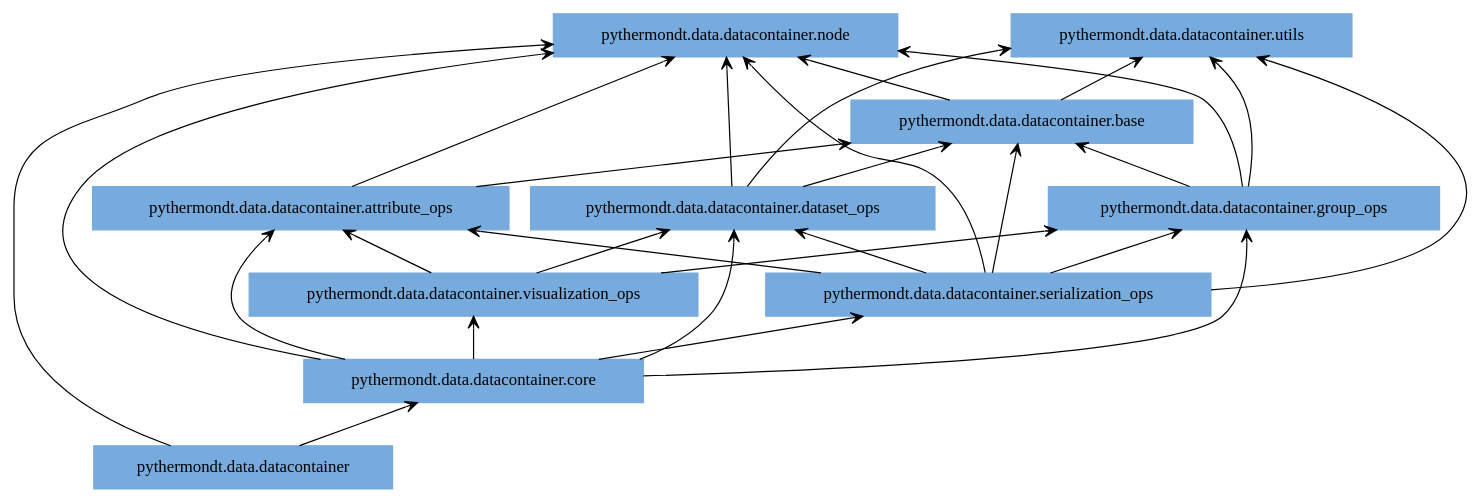
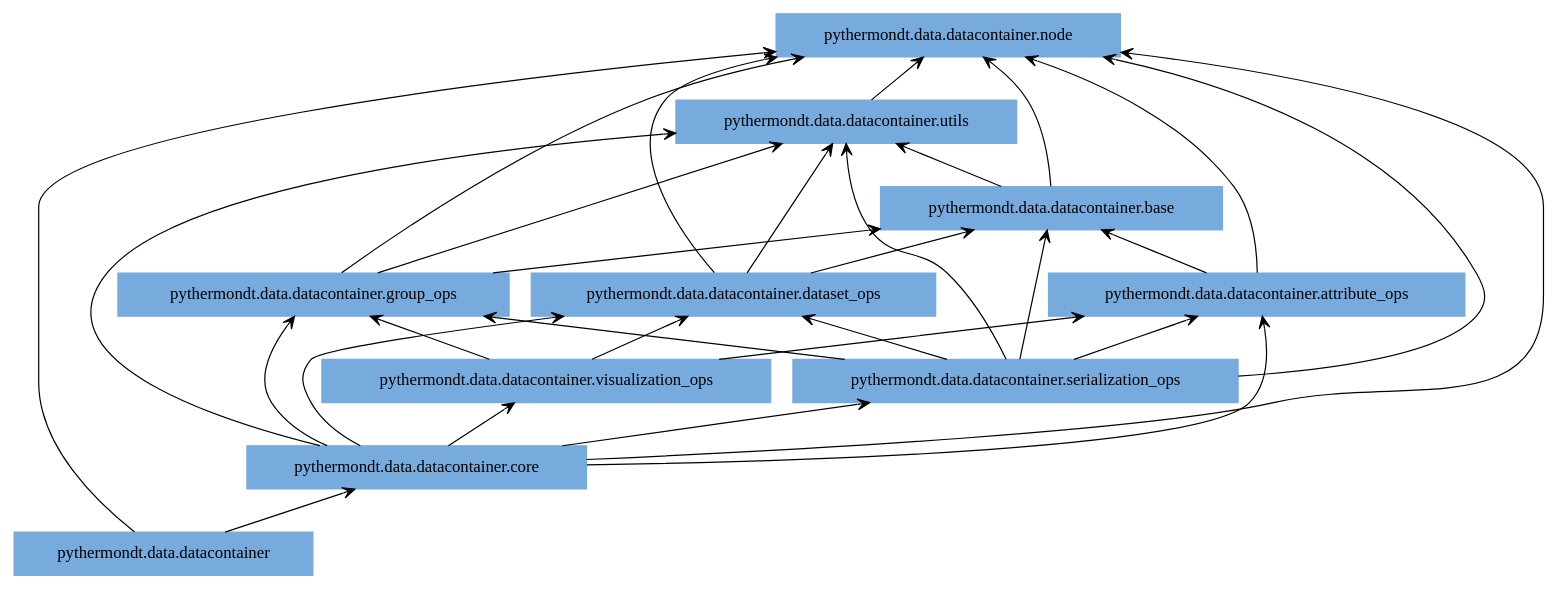
The diagram in docs/pyreverse/packages_pythermondt.data.datacontainer.gv (voidsy-gmbh/pyThermoNDT), drawn with Graphviz before and after one commit. The commit also changed 21 other files, not shown here.

Commit message:
Update pyreverse diagrams

```diff
--- a/docs/pyreverse/packages_pythermondt.data.datacontainer.gv
+++ b/docs/pyreverse/packages_pythermondt.data.datacontainer.gv
@@ -1,41 +1,43 @@
 digraph "packages_pythermondt.data.datacontainer" {
 rankdir=BT
 charset="utf-8"
 "pythermondt.data.datacontainer" [color="#77AADD", label=<pythermondt.data.datacontainer>, shape="box", style="filled"];
 "pythermondt.data.datacontainer.attribute_ops" [color="#77AADD", label=<pythermondt.data.datacontainer.attribute_ops>, shape="box", style="filled"];
 "pythermondt.data.datacontainer.base" [color="#77AADD", label=<pythermondt.data.datacontainer.base>, shape="box", style="filled"];
 "pythermondt.data.datacontainer.core" [color="#77AADD", label=<pythermondt.data.datacontainer.core>, shape="box", style="filled"];
 "pythermondt.data.datacontainer.dataset_ops" [color="#77AADD", label=<pythermondt.data.datacontainer.dataset_ops>, shape="box", style="filled"];
 "pythermondt.data.datacontainer.group_ops" [color="#77AADD", label=<pythermondt.data.datacontainer.group_ops>, shape="box", style="filled"];
 "pythermondt.data.datacontainer.node" [color="#77AADD", label=<pythermondt.data.datacontainer.node>, shape="box", style="filled"];
 "pythermondt.data.datacontainer.serialization_ops" [color="#77AADD", label=<pythermondt.data.datacontainer.serialization_ops>, shape="box", style="filled"];
 "pythermondt.data.datacontainer.utils" [color="#77AADD", label=<pythermondt.data.datacontainer.utils>, shape="box", style="filled"];
 "pythermondt.data.datacontainer.visualization_ops" [color="#77AADD", label=<pythermondt.data.datacontainer.visualization_ops>, shape="box", style="filled"];
 "pythermondt.data.datacontainer" -> "pythermondt.data.datacontainer.core" [arrowhead="open", arrowtail="none"];
 "pythermondt.data.datacontainer" -> "pythermondt.data.datacontainer.node" [arrowhead="open", arrowtail="none"];
 "pythermondt.data.datacontainer.attribute_ops" -> "pythermondt.data.datacontainer.base" [arrowhead="open", arrowtail="none"];
 "pythermondt.data.datacontainer.attribute_ops" -> "pythermondt.data.datacontainer.node" [arrowhead="open", arrowtail="none"];
 "pythermondt.data.datacontainer.base" -> "pythermondt.data.datacontainer.node" [arrowhead="open", arrowtail="none"];
 "pythermondt.data.datacontainer.base" -> "pythermondt.data.datacontainer.utils" [arrowhead="open", arrowtail="none"];
 "pythermondt.data.datacontainer.core" -> "pythermondt.data.datacontainer.attribute_ops" [arrowhead="open", arrowtail="none"];
 "pythermondt.data.datacontainer.core" -> "pythermondt.data.datacontainer.dataset_ops" [arrowhead="open", arrowtail="none"];
 "pythermondt.data.datacontainer.core" -> "pythermondt.data.datacontainer.group_ops" [arrowhead="open", arrowtail="none"];
 "pythermondt.data.datacontainer.core" -> "pythermondt.data.datacontainer.node" [arrowhead="open", arrowtail="none"];
 "pythermondt.data.datacontainer.core" -> "pythermondt.data.datacontainer.serialization_ops" [arrowhead="open", arrowtail="none"];
+"pythermondt.data.datacontainer.core" -> "pythermondt.data.datacontainer.utils" [arrowhead="open", arrowtail="none"];
 "pythermondt.data.datacontainer.core" -> "pythermondt.data.datacontainer.visualization_ops" [arrowhead="open", arrowtail="none"];
 "pythermondt.data.datacontainer.dataset_ops" -> "pythermondt.data.datacontainer.base" [arrowhead="open", arrowtail="none"];
 "pythermondt.data.datacontainer.dataset_ops" -> "pythermondt.data.datacontainer.node" [arrowhead="open", arrowtail="none"];
 "pythermondt.data.datacontainer.dataset_ops" -> "pythermondt.data.datacontainer.utils" [arrowhead="open", arrowtail="none"];
 "pythermondt.data.datacontainer.group_ops" -> "pythermondt.data.datacontainer.base" [arrowhead="open", arrowtail="none"];
 "pythermondt.data.datacontainer.group_ops" -> "pythermondt.data.datacontainer.node" [arrowhead="open", arrowtail="none"];
 "pythermondt.data.datacontainer.group_ops" -> "pythermondt.data.datacontainer.utils" [arrowhead="open", arrowtail="none"];
 "pythermondt.data.datacontainer.serialization_ops" -> "pythermondt.data.datacontainer.attribute_ops" [arrowhead="open", arrowtail="none"];
 "pythermondt.data.datacontainer.serialization_ops" -> "pythermondt.data.datacontainer.base" [arrowhead="open", arrowtail="none"];
 "pythermondt.data.datacontainer.serialization_ops" -> "pythermondt.data.datacontainer.dataset_ops" [arrowhead="open", arrowtail="none"];
 "pythermondt.data.datacontainer.serialization_ops" -> "pythermondt.data.datacontainer.group_ops" [arrowhead="open", arrowtail="none"];
 "pythermondt.data.datacontainer.serialization_ops" -> "pythermondt.data.datacontainer.node" [arrowhead="open", arrowtail="none"];
 "pythermondt.data.datacontainer.serialization_ops" -> "pythermondt.data.datacontainer.utils" [arrowhead="open", arrowtail="none"];
+"pythermondt.data.datacontainer.utils" -> "pythermondt.data.datacontainer.node" [arrowhead="open", arrowtail="none"];
 "pythermondt.data.datacontainer.visualization_ops" -> "pythermondt.data.datacontainer.attribute_ops" [arrowhead="open", arrowtail="none"];
 "pythermondt.data.datacontainer.visualization_ops" -> "pythermondt.data.datacontainer.dataset_ops" [arrowhead="open", arrowtail="none"];
 "pythermondt.data.datacontainer.visualization_ops" -> "pythermondt.data.datacontainer.group_ops" [arrowhead="open", arrowtail="none"];
 }
```
